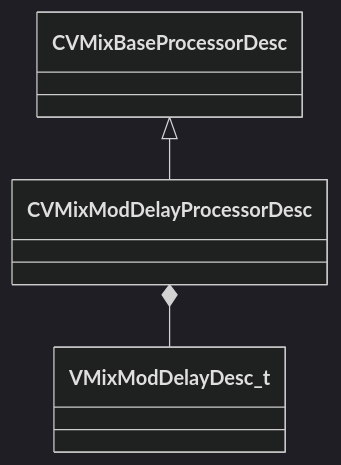
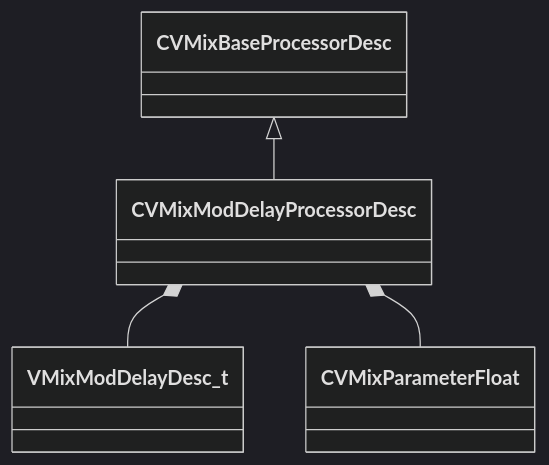
One commit to CS2OpenDev/CS2OpenDev-Docs changed the diagram in docs/generated/schemas/soundsystem_lowlevel/CVMixModDelayProcessorDesc.md. Above: the diagram before and after it, drawn with Mermaid (dark theme). The commit also changed other lines of this file and 4654 other files, not shown here.

Commit message:
docs: regenerate for SchemaTracker build 25947352 [skip ci]

````diff
--- a/docs/generated/schemas/soundsystem_lowlevel/CVMixModDelayProcessorDesc.md
+++ b/docs/generated/schemas/soundsystem_lowlevel/CVMixModDelayProcessorDesc.md
@@ -19,5 +19,6 @@
 ```mermaid
 classDiagram
     CVMixBaseProcessorDesc <|-- CVMixModDelayProcessorDesc
     CVMixModDelayProcessorDesc *-- VMixModDelayDesc_t
+    CVMixModDelayProcessorDesc *-- CVMixParameterFloat
 ```
````
